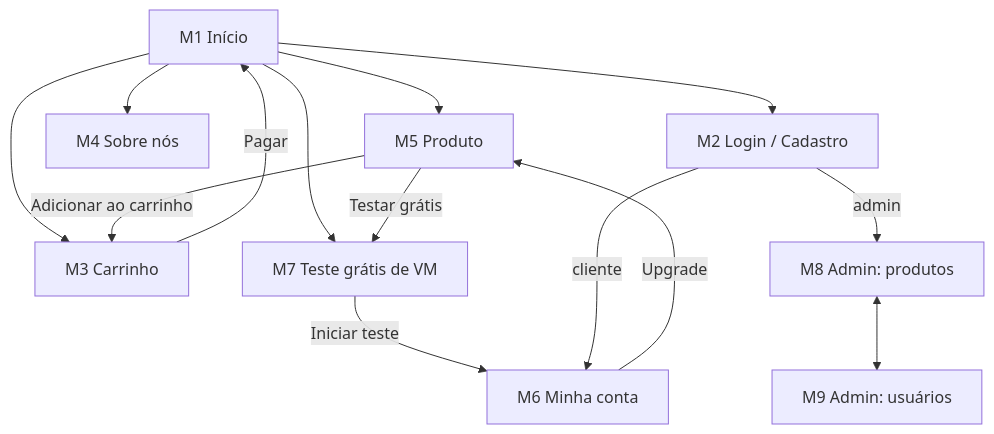
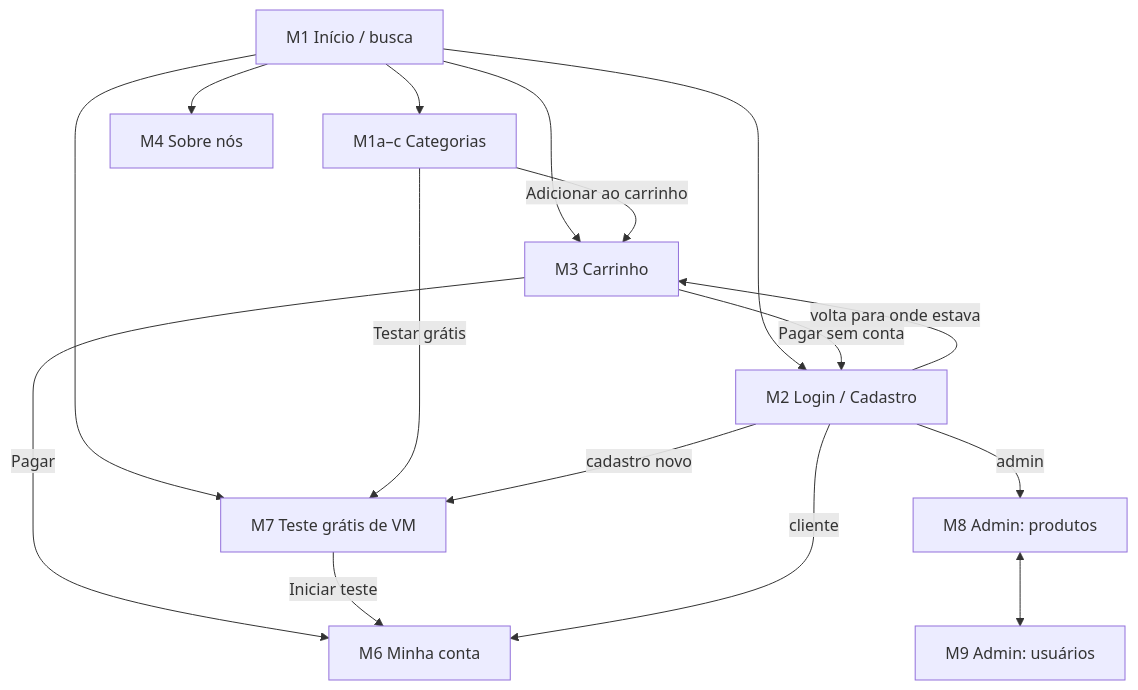
The diagram in README.md (AoiUltramar/Milestone-1-SCC0219-), drawn with Mermaid before and after one commit. The commit also changed other lines of this file and 34 other files, not shown here.

````diff
--- a/README.md
+++ b/README.md
@@ -71,16 +79,18 @@
 ```mermaid
 flowchart TD
-    M1["M1 Início"] --> M5["M5 Produto"]
+    M1["M1 Início / busca"] --> C["M1a–c Categorias"]
     M1 --> M4["M4 Sobre nós"]
     M1 --> M2["M2 Login / Cadastro"]
     M1 --> M3["M3 Carrinho"]
     M1 --> M7["M7 Teste grátis de VM"]
-    M5 -->|Adicionar ao carrinho| M3
-    M5 -->|Testar grátis| M7
-    M7 -->|Iniciar teste| M6
-    M6 -->|Upgrade| M5
-    M3 -->|Pagar| M1
-    M2 -->|cliente| M6["M6 Minha conta"]
+    C -->|Adicionar ao carrinho| M3
+    C -->|Testar grátis| M7
+    M3 -->|Pagar sem conta| M2
+    M2 -->|volta para onde estava| M3
+    M3 -->|Pagar| M6
+    M2 -->|cadastro novo| M7
+    M7 -->|Iniciar teste| M6["M6 Minha conta"]
+    M2 -->|cliente| M6
     M2 -->|admin| M8["M8 Admin: produtos"]
     M8 <--> M9["M9 Admin: usuários"]
 ```
````
